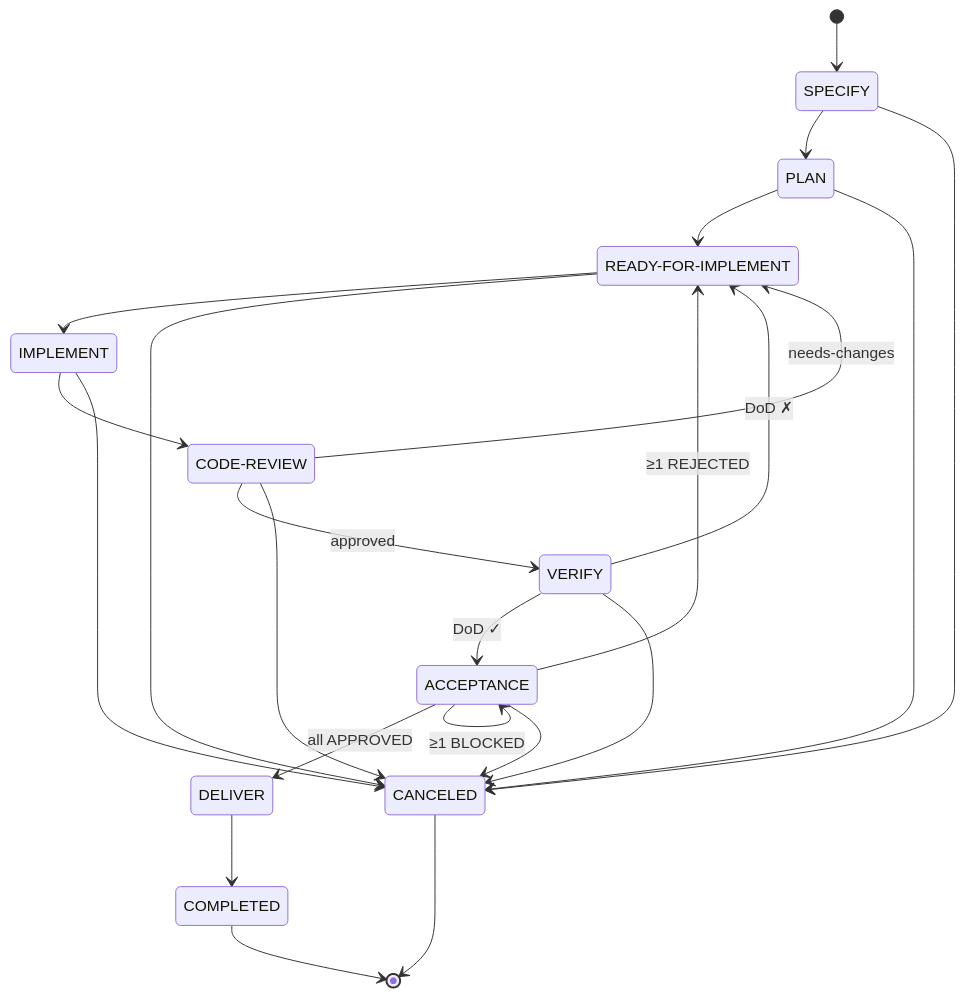
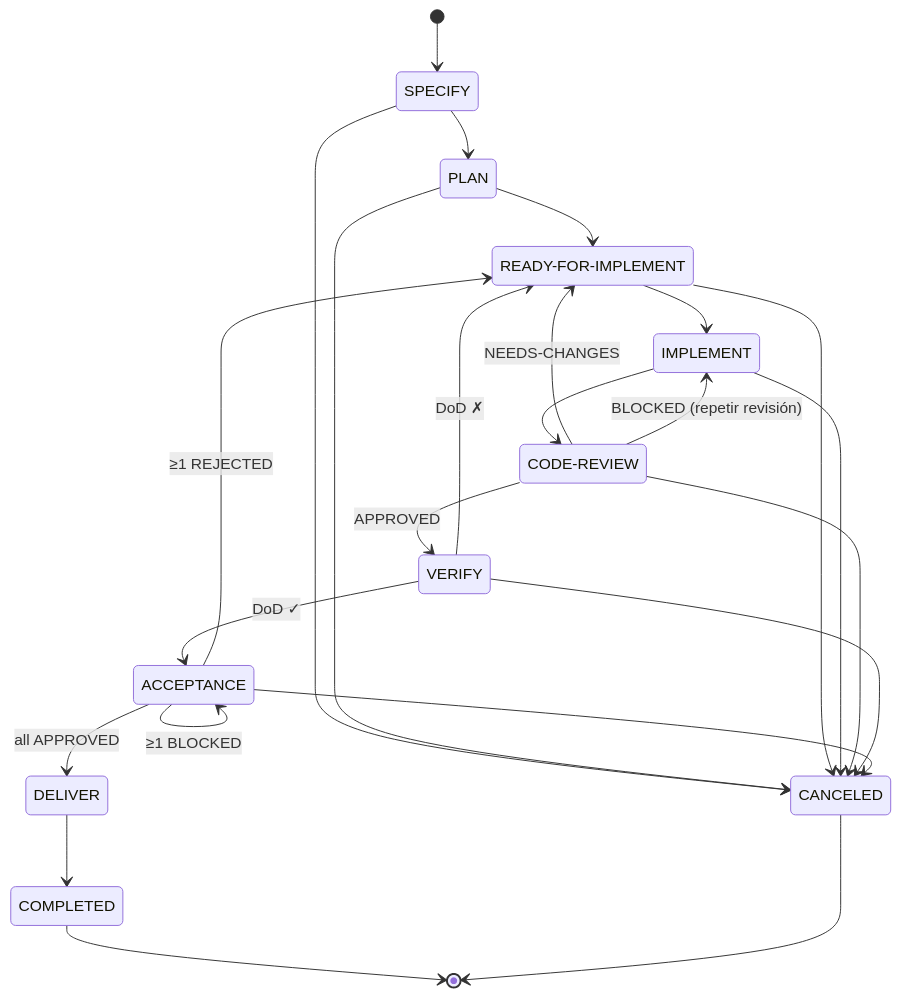
The first of 3 diagrams in docs/architecture/state-machine.md (dariopalminio/agile-sddf), drawn with Mermaid before and after one commit. The commit also changed other lines of this file and 22 other files, not shown here.

````diff
--- a/docs/architecture/state-machine.md
+++ b/docs/architecture/state-machine.md
@@ -41,28 +41,29 @@
 ```mermaid
 stateDiagram-v2
     [*] --> SPECIFY
     SPECIFY --> PLAN
     PLAN --> RFI
     RFI --> IMPLEMENT
     IMPLEMENT --> CR
-    CR --> VERIFY : approved
-    CR --> RFI : needs-changes
+    CR --> VERIFY : APPROVED
+    CR --> RFI : NEEDS-CHANGES
+    CR --> IMPLEMENT : BLOCKED (repetir revisión)
     VERIFY --> ACCEPTANCE : DoD ✓
     VERIFY --> RFI : DoD ✗
     ACCEPTANCE --> DELIVER : all APPROVED
     ACCEPTANCE --> RFI : ≥1 REJECTED
     ACCEPTANCE --> ACCEPTANCE : ≥1 BLOCKED
     DELIVER --> COMPLETED
     COMPLETED --> [*]
     SPECIFY --> CANCELED
     PLAN --> CANCELED
     RFI --> CANCELED
     IMPLEMENT --> CANCELED
     CR --> CANCELED
     VERIFY --> CANCELED
     ACCEPTANCE --> CANCELED
     CANCELED --> [*]
 
     state "READY-FOR-IMPLEMENT" as RFI
     state "CODE-REVIEW" as CR
 ```
````
